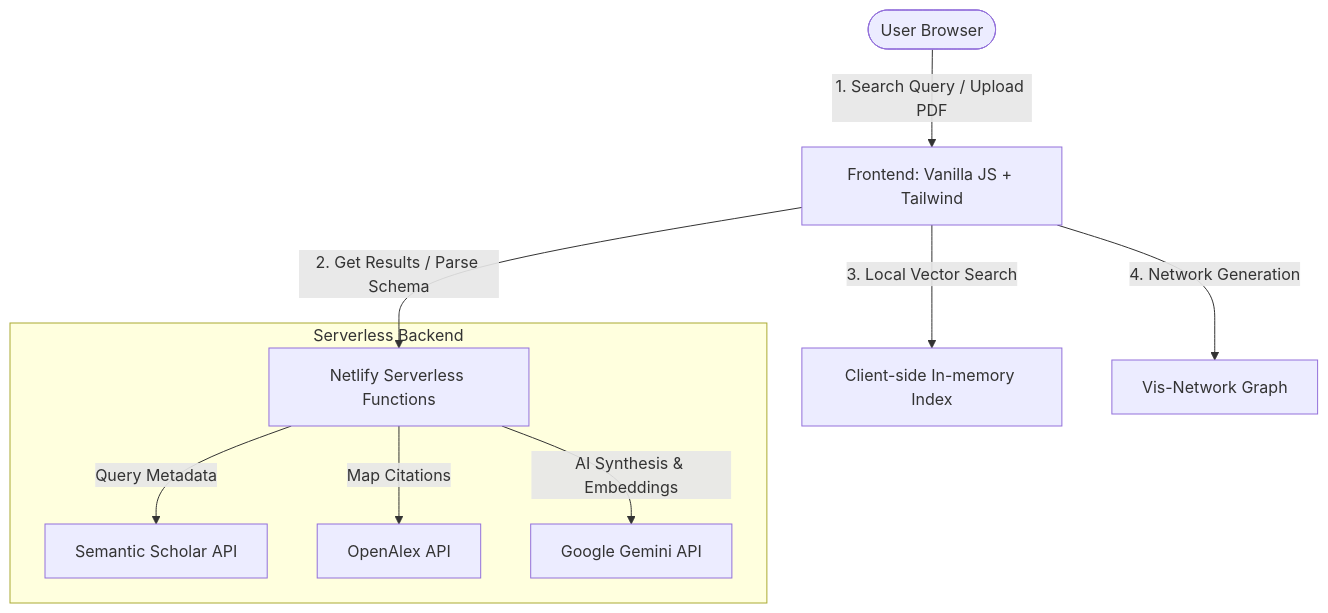
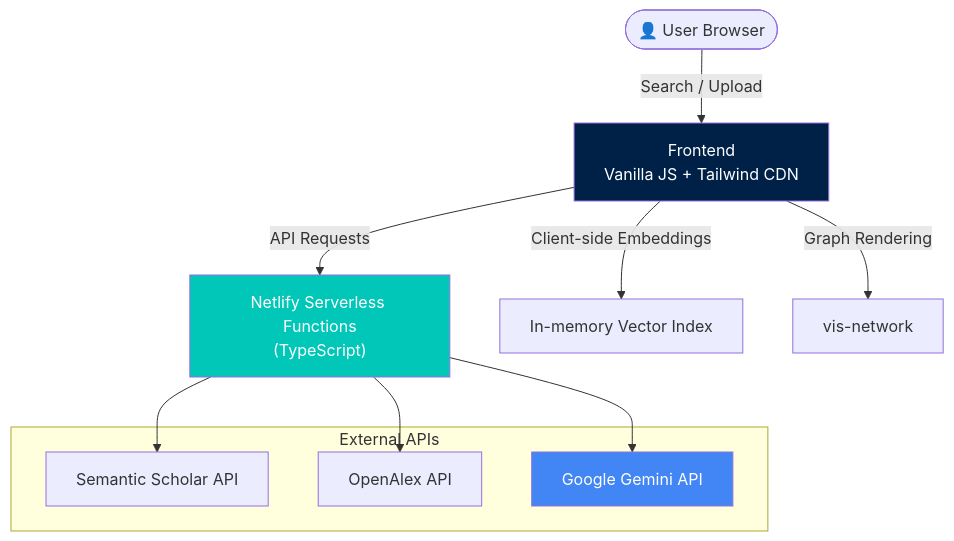
One commit to vansh7nvc/Abstractify changed the diagram in README.md. Above: the diagram before and after it, drawn with Mermaid. The commit also changed other lines of this file and 10 other files, not shown here.

````diff
--- a/README.md
+++ b/README.md
@@ -51,14 +57,22 @@
 ```mermaid
 graph TD
-    User([User Browser]) -->|1. Search Query / Upload PDF| FE[Frontend: Vanilla JS + Tailwind]
-    FE -->|2. Get Results / Parse Schema| BF[Netlify Serverless Functions]
-    
-    subgraph Serverless Backend
-        BF -->|Query Metadata| SS[Semantic Scholar API]
-        BF -->|Map Citations| OA[OpenAlex API]
-        BF -->|AI Synthesis & Embeddings| GEM[Google Gemini API]
+    User(["👤 User Browser"]) -->|Search / Upload| FE["Frontend<br/>Vanilla JS + Tailwind CDN"]
+    FE -->|API Requests| BF["Netlify Serverless Functions<br/>(TypeScript)"]
+
+    subgraph External APIs
+        SS["Semantic Scholar API"]
+        OA["OpenAlex API"]
+        GEM["Google Gemini API"]
     end
 
-    FE -->|3. Local Vector Search| FAISS[Client-side In-memory Index]
-    FE -->|4. Network Generation| VisNet[Vis-Network Graph]
+    BF --> SS
+    BF --> OA
+    BF --> GEM
+
+    FE -->|"Client-side Embeddings"| EMBED["In-memory Vector Index"]
+    FE -->|"Graph Rendering"| VIS["vis-network"]
+
+    style FE fill:#002147,color:#fff
+    style BF fill:#00C7B7,color:#fff
+    style GEM fill:#4285F4,color:#fff
 ```
````
